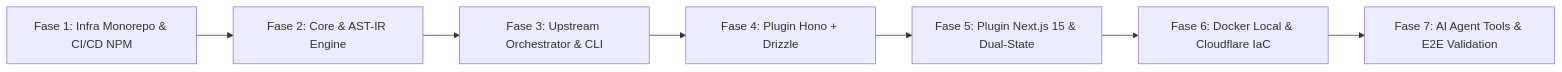
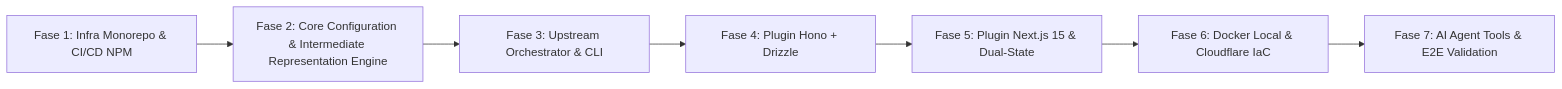
One commit to NordixTech/NordixGen changed the diagram in docs/IMPLEMENTATION_PLAN.md. Above: the diagram before and after it, drawn with Mermaid. The commit also changed other lines of this file and 34 other files, not shown here.

Commit message:
feat(core): add validated configuration engine

````diff
--- a/docs/IMPLEMENTATION_PLAN.md
+++ b/docs/IMPLEMENTATION_PLAN.md
@@ -10,9 +10,9 @@
 ```mermaid
 flowchart LR
-    Fase1["Fase 1: Infra Monorepo & CI/CD NPM"] --> Fase2["Fase 2: Core & AST-IR Engine"]
+    Fase1["Fase 1: Infra Monorepo & CI/CD NPM"] --> Fase2["Fase 2: Core Configuration & Intermediate Representation Engine"]
     Fase2 --> Fase3["Fase 3: Upstream Orchestrator & CLI"]
     Fase3 --> Fase4["Fase 4: Plugin Hono + Drizzle"]
     Fase4 --> Fase5["Fase 5: Plugin Next.js 15 & Dual-State"]
     Fase5 --> Fase6["Fase 6: Docker Local & Cloudflare IaC"]
     Fase6 --> Fase7["Fase 7: AI Agent Tools & E2E Validation"]
 ```
````
